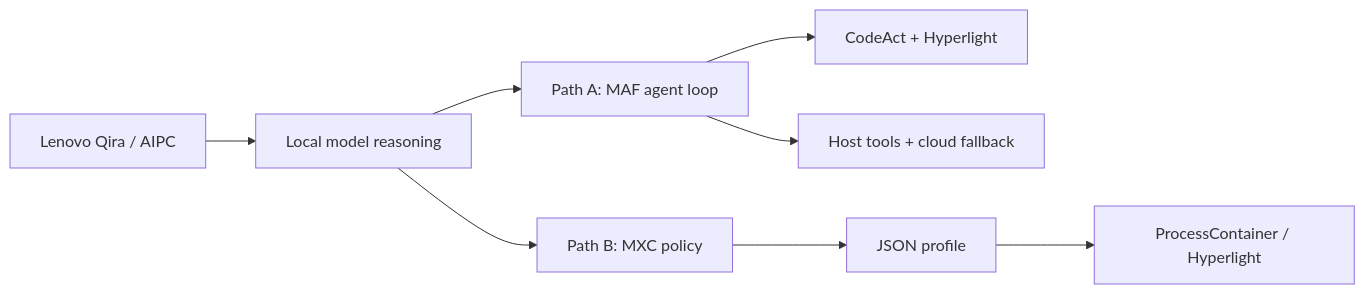
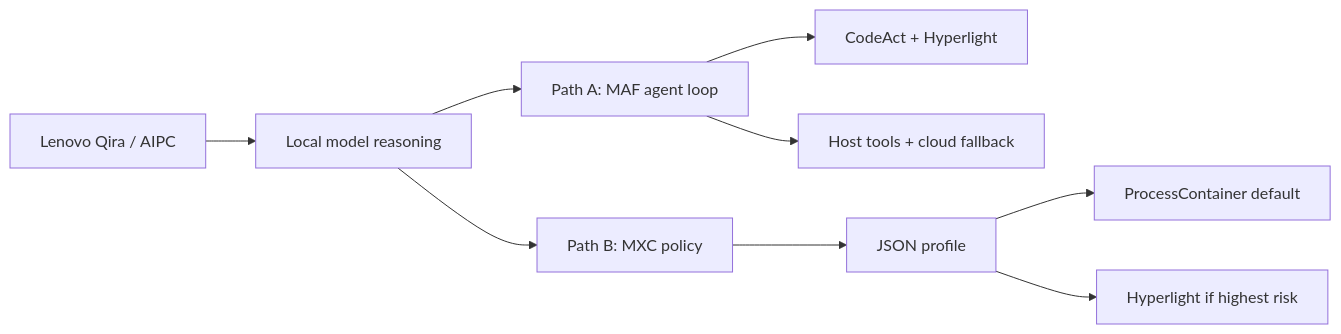
One commit to david-xinyuwei/david-share changed the diagram in Agents/AIPC-Hybrid-Agent-Framework-Evaluation/README.md. Above: the diagram before and after it, drawn with Mermaid. The commit also changed other lines of this file, not shown here.

Commit message:
AIPC eval: add slide 6 English translation + weaken Hyperlight in Path B (ProcessContainer is default)

````diff
--- a/Agents/AIPC-Hybrid-Agent-Framework-Evaluation/README.md
+++ b/Agents/AIPC-Hybrid-Agent-Framework-Evaluation/README.md
@@ -140,10 +152,11 @@
 ```mermaid
 flowchart LR
     Q[Lenovo Qira / AIPC] --> R[Local model reasoning]
     R --> A[Path A: MAF agent loop]
     A --> A1[CodeAct + Hyperlight]
     A --> A2[Host tools + cloud fallback]
     R --> B[Path B: MXC policy]
     B --> B1[JSON profile]
-    B1 --> B2[ProcessContainer / Hyperlight]
+    B1 --> B2[ProcessContainer default]
+    B1 --> B3[Hyperlight if highest risk]
 ```
````
